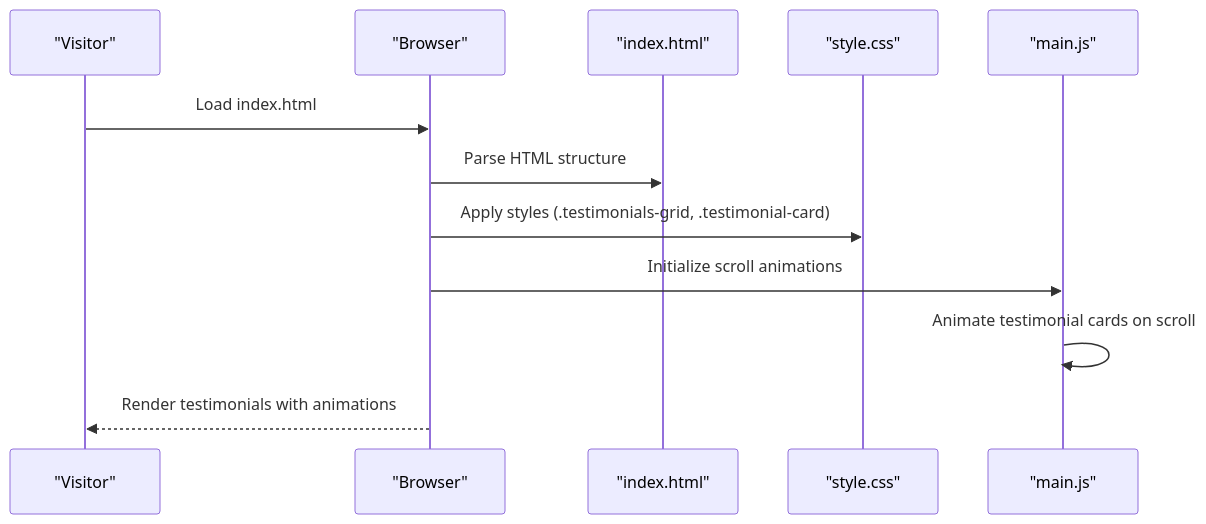
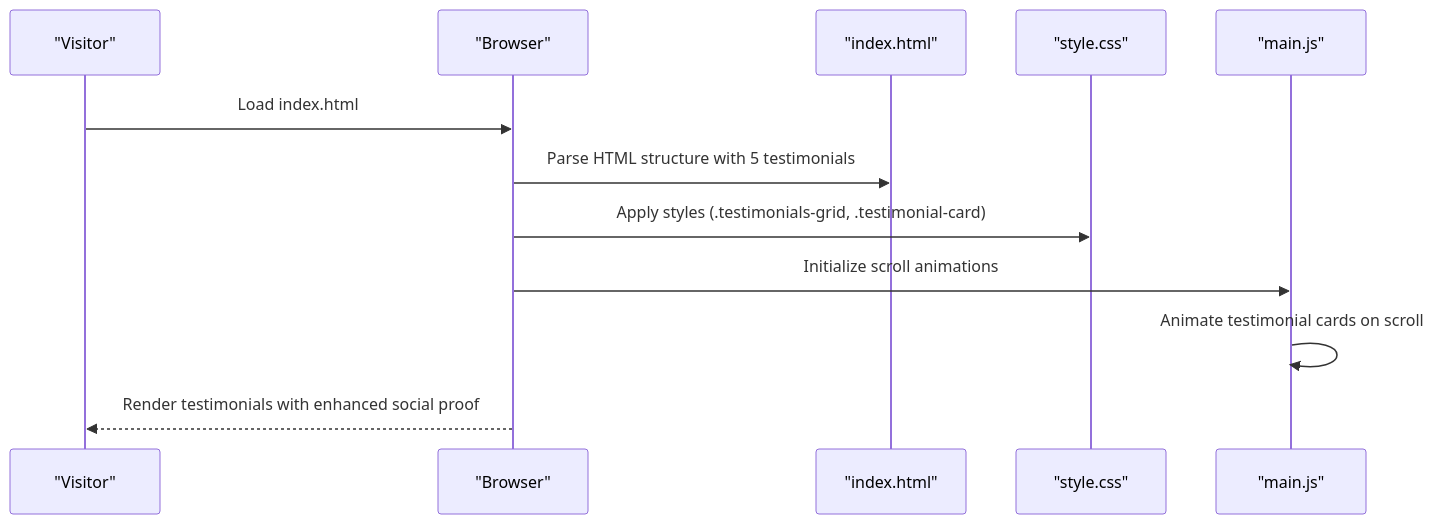
Before and after one commit to lynchip/graduates: the second of 3 diagrams in .qoder/repowiki/en/content/Core Features/Service Showcase/Testimonials Section.md, drawn with Mermaid. The commit also changed other lines of this file and 12 other files, not shown here.

````diff
--- a/.qoder/repowiki/en/content/Core Features/Service Showcase/Testimonials Section.md
+++ b/.qoder/repowiki/en/content/Core Features/Service Showcase/Testimonials Section.md
@@ -70,14 +79,14 @@
 ```mermaid
 sequenceDiagram
 participant User as "Visitor"
 participant Browser as "Browser"
 participant HTML as "index.html"
 participant CSS as "style.css"
 participant JS as "main.js"
 User->>Browser : Load index.html
-Browser->>HTML : Parse HTML structure
+Browser->>HTML : Parse HTML structure with 5 testimonials
 Browser->>CSS : Apply styles (.testimonials-grid, .testimonial-card)
 Browser->>JS : Initialize scroll animations
 JS->>JS : Animate testimonial cards on scroll
-Browser-->>User : Render testimonials with animations
+Browser-->>User : Render testimonials with enhanced social proof
 ```
````
